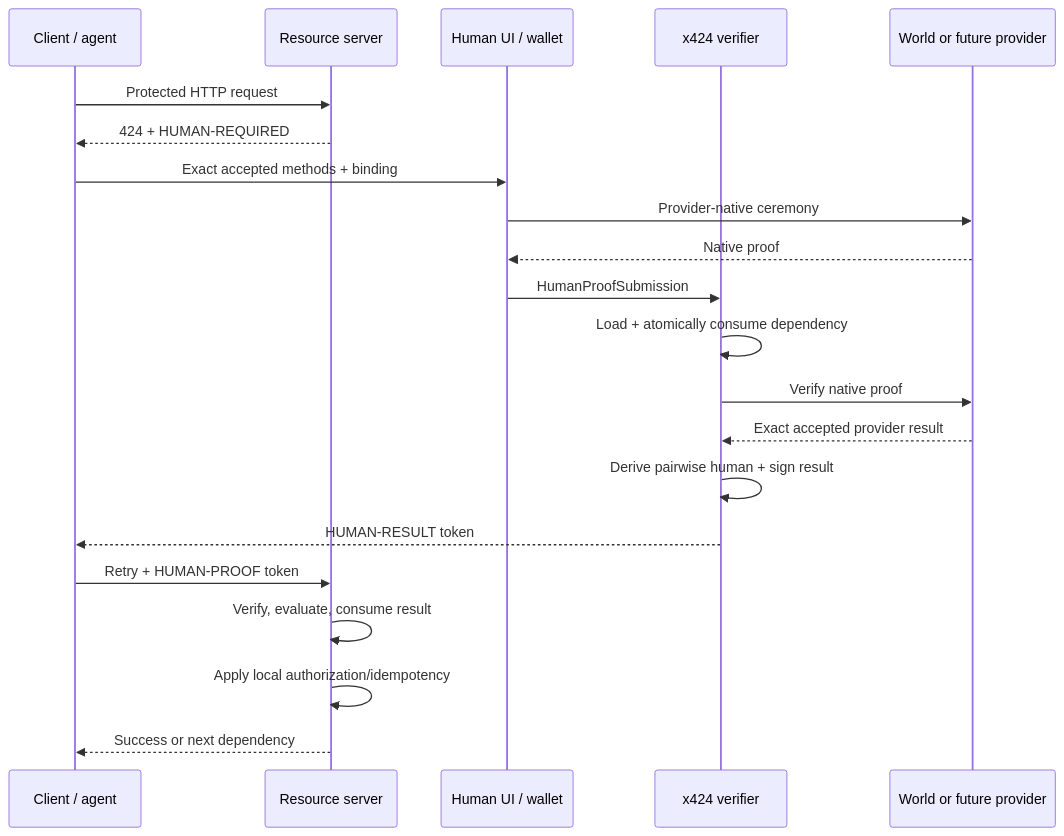
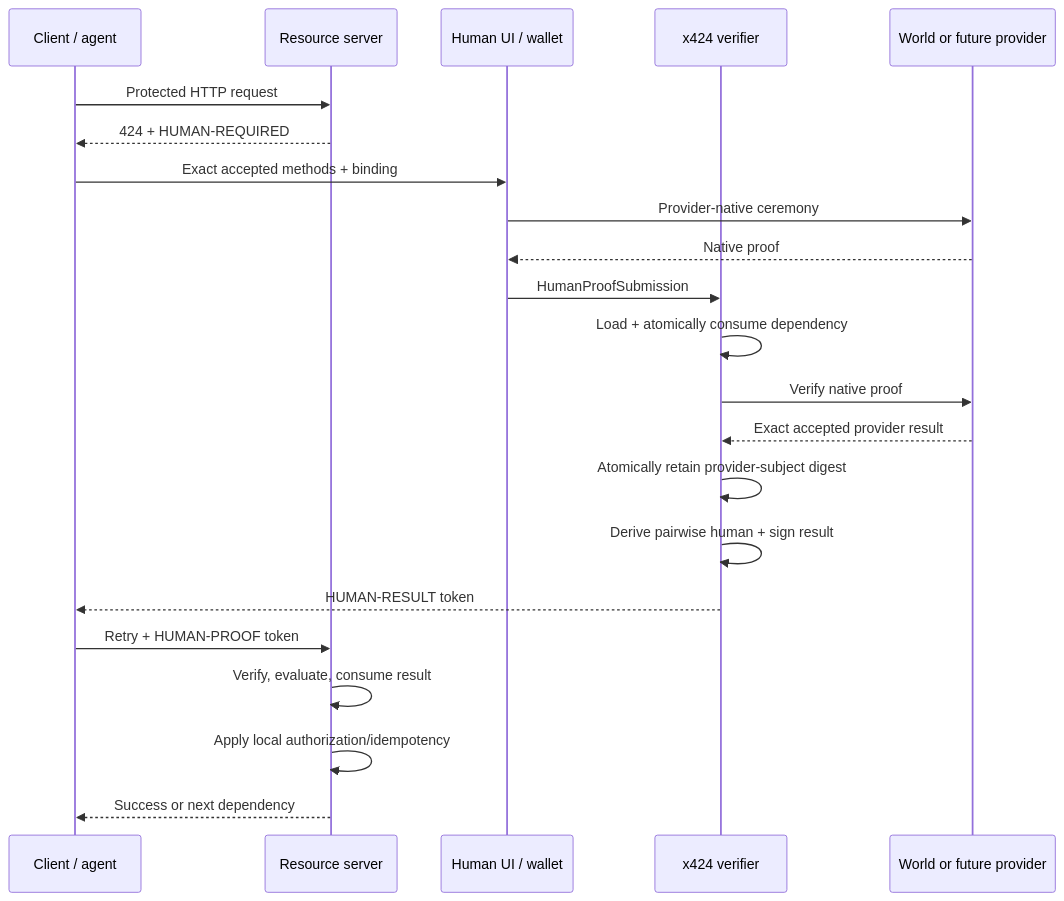
The diagram in docs/ARCHITECTURE.md (x424protocol/x424), drawn with Mermaid before and after one commit. The commit also changed other lines of this file and 20 other files, not shown here.

````diff
--- a/docs/ARCHITECTURE.md
+++ b/docs/ARCHITECTURE.md
@@ -28,24 +28,25 @@
 ```mermaid
 sequenceDiagram
   participant C as Client / agent
   participant R as Resource server
   participant H as Human UI / wallet
   participant V as x424 verifier
   participant P as World or future provider
 
   C->>R: Protected HTTP request
   R-->>C: 424 + HUMAN-REQUIRED
   C->>H: Exact accepted methods + binding
   H->>P: Provider-native ceremony
   P-->>H: Native proof
   H->>V: HumanProofSubmission
   V->>V: Load + atomically consume dependency
   V->>P: Verify native proof
   P-->>V: Exact accepted provider result
+  V->>V: Atomically retain provider-subject digest
   V->>V: Derive pairwise human + sign result
   V-->>C: HUMAN-RESULT token
   C->>R: Retry + HUMAN-PROOF token
   R->>R: Verify, evaluate, consume result
   R->>R: Apply local authorization/idempotency
   R-->>C: Success or next dependency
 ```
````
